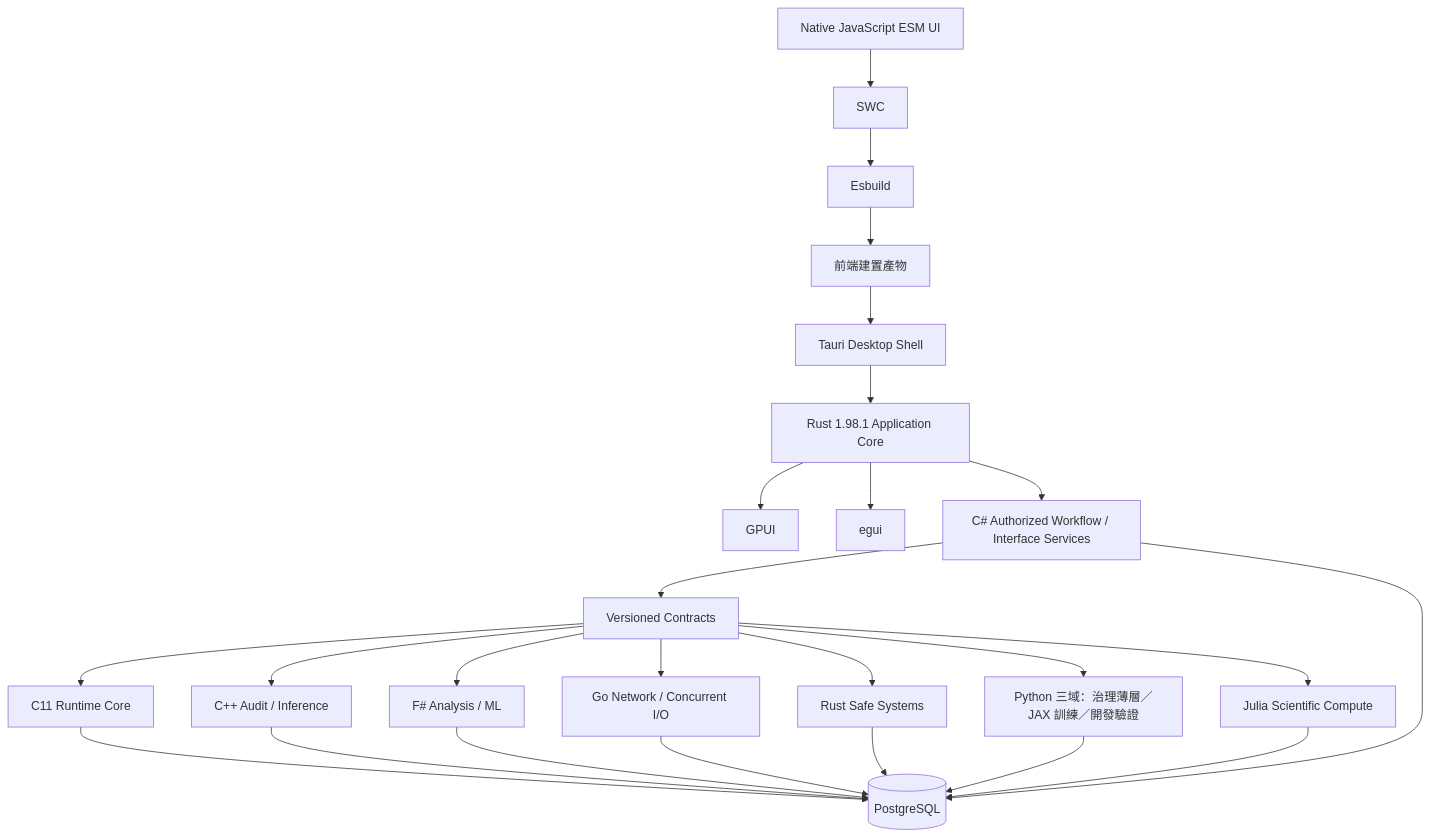
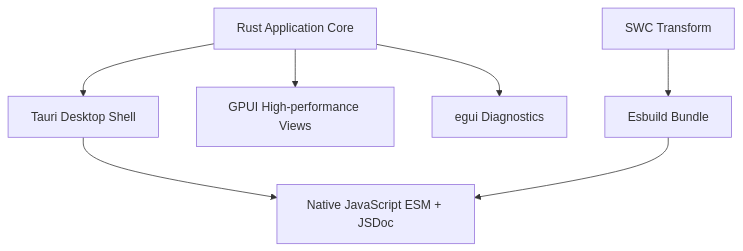
Before and after one commit to guilty442-source/GPTBridge: the second of 5 diagrams in governance_rule/codex/architecture-languages.md, drawn with Mermaid. The commit also changed other lines of this file and 14 other files, not shown here.

Commit message:
codex sync 15:00:49Z: zh-TW mirror parts + architecture docs refreshed; formal rule evaluator codes renamed to canonical (_V1 suffix dropped; GO_RUST_NODE->GO_RUST_RUNTIME, JAX_PYTORCH->JAX_FRAMEWORK); release-dependencies pin

````diff
--- a/governance_rule/codex/architecture-languages.md
+++ b/governance_rule/codex/architecture-languages.md
@@ -171,30 +41,9 @@
 ```mermaid
 flowchart TB
-  UI[Native JavaScript ESM UI]
-  UI --> SWC[SWC]
-  SWC --> ESB[Esbuild]
-  ESB --> ART[前端建置產物]
-  ART --> TAURI[Tauri Desktop Shell]
-  TAURI --> RUST[Rust 1.98.1 Application Core]
-  RUST --> GPUI[GPUI]
-  RUST --> EGUI[egui]
-  RUST --> CS[C# Authorized Workflow / Interface Services]
-
-  CS --> CONTRACT[Versioned Contracts]
-  CONTRACT --> C[C11 Runtime Core]
-  CONTRACT --> CPP[C++ Audit / Inference]
-  CONTRACT --> FS[F# Analysis / ML]
-  CONTRACT --> GO[Go Network / Concurrent I/O]
-  CONTRACT --> RS[Rust Safe Systems]
-  CONTRACT --> PY[Python 三域：治理薄層／JAX 訓練／開發驗證]
-  CONTRACT --> JL[Julia Scientific Compute]
-
-  C --> PG[(PostgreSQL)]
-  CPP --> PG
-  CS --> PG
-  FS --> PG
-  GO --> PG
-  RS --> PG
-  PY --> PG
-  JL --> PG
+  RUST[Rust Application Core] --> TAURI[Tauri Desktop Shell]
+  TAURI --> JS[Native JavaScript ESM + JSDoc]
+  RUST --> GPUI[GPUI High-performance Views]
+  RUST --> EGUI[egui Diagnostics]
+  SWC[SWC Transform] --> ESBUILD[Esbuild Bundle]
+  ESBUILD --> JS
 ```
````
